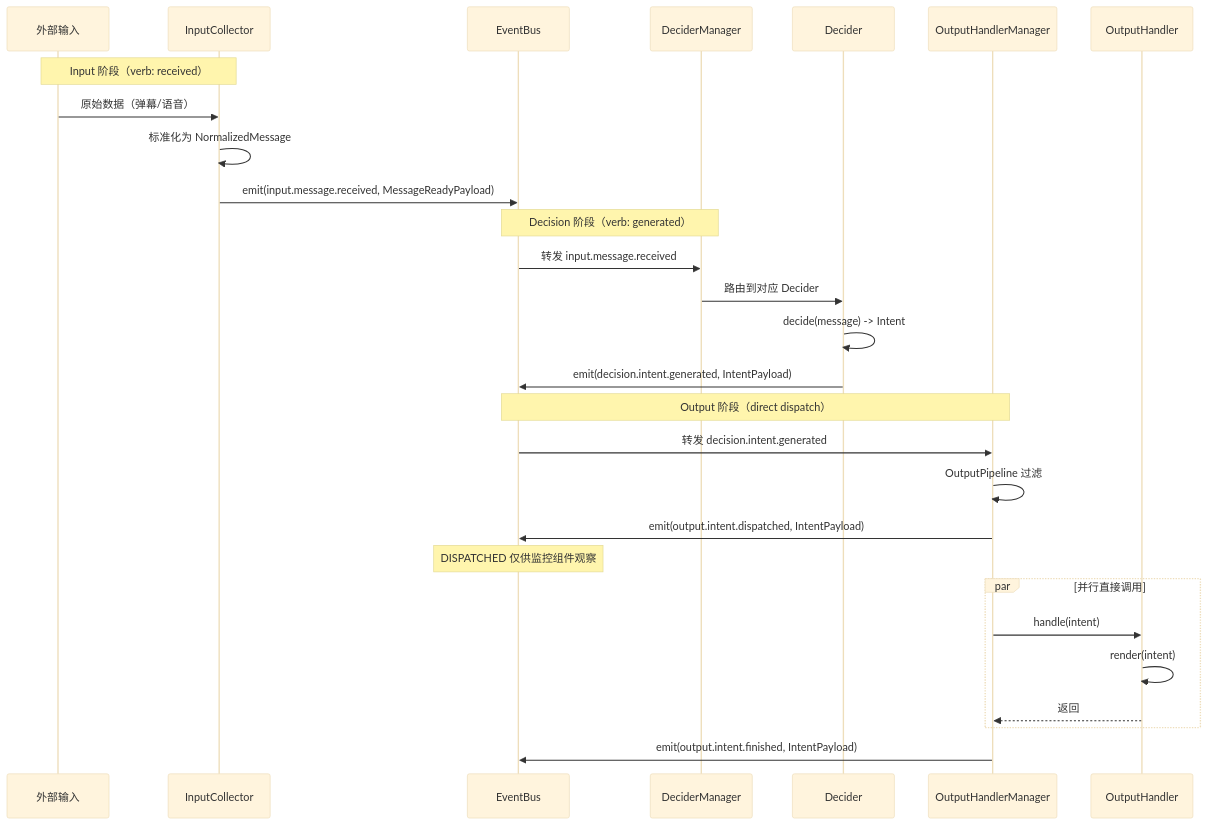
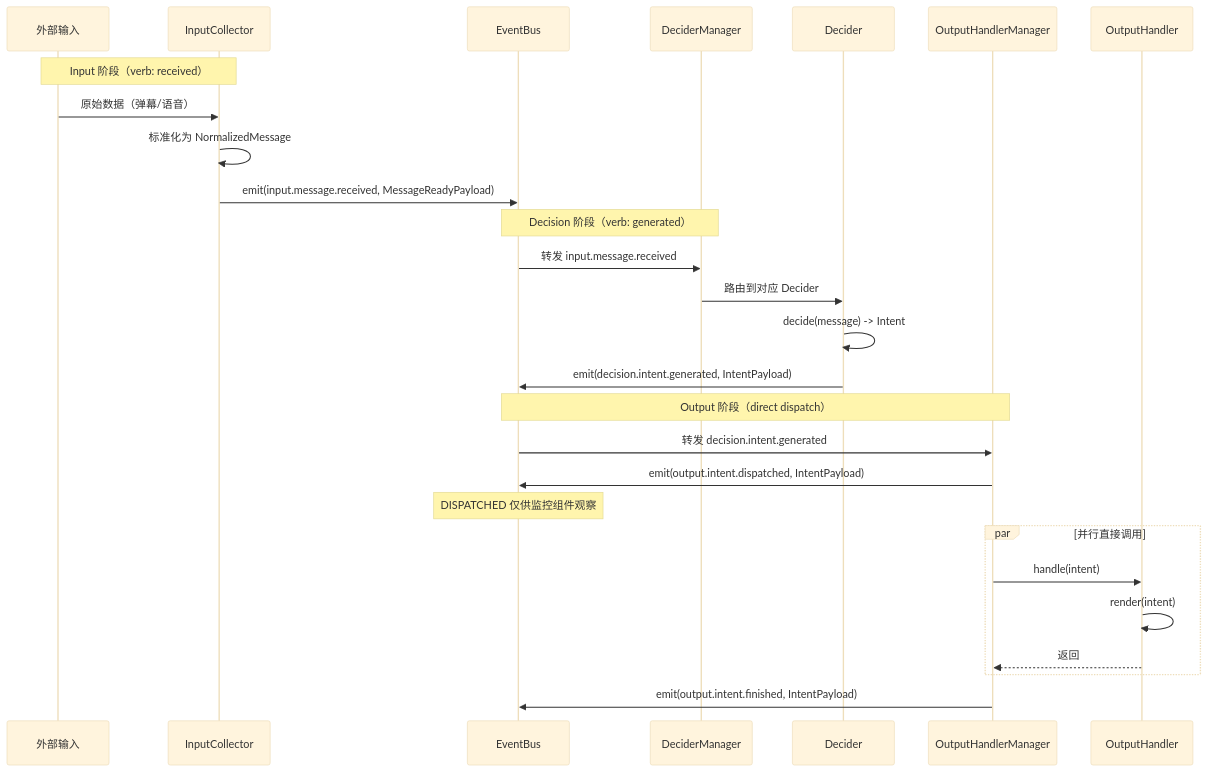
One commit to Mai-with-u/Amaidesu changed the second of 4 diagrams in docs/architecture/data-flow.md. Above: the diagram before and after it, drawn with Mermaid (base theme). The commit also changed other lines of this file and 37 other files, not shown here.

````diff
--- a/docs/architecture/data-flow.md
+++ b/docs/architecture/data-flow.md
@@ -569,36 +569,35 @@
 ```mermaid
 sequenceDiagram
     participant Ext as 外部输入
     participant IP as InputCollector
     participant EB as EventBus
     participant DM as DeciderManager
     participant DP as Decider
     participant OPM as OutputHandlerManager
     participant OP as OutputHandler
 
     Note over Ext,IP: Input 阶段（verb: received）
 
     Ext->>IP: 原始数据（弹幕/语音）
     IP->>IP: 标准化为 NormalizedMessage
     IP->>EB: emit(input.message.received, MessageReadyPayload)
 
     Note over DM,EB: Decision 阶段（verb: generated）
 
     EB->>DM: 转发 input.message.received
     DM->>DP: 路由到对应 Decider
     DP->>DP: decide(message) -> Intent
     DP->>EB: emit(decision.intent.generated, IntentPayload)
 
     Note over OPM,EB: Output 阶段（direct dispatch）
 
     EB->>OPM: 转发 decision.intent.generated
-    OPM->>OPM: OutputPipeline 过滤
     OPM->>EB: emit(output.intent.dispatched, IntentPayload)
     Note over EB: DISPATCHED 仅供监控组件观察
     par 并行直接调用
         OPM->>OP: handle(intent)
         OP->>OP: render(intent)
         OP-->>OPM: 返回
     end
     OPM->>EB: emit(output.intent.finished, IntentPayload)
 ```
````
